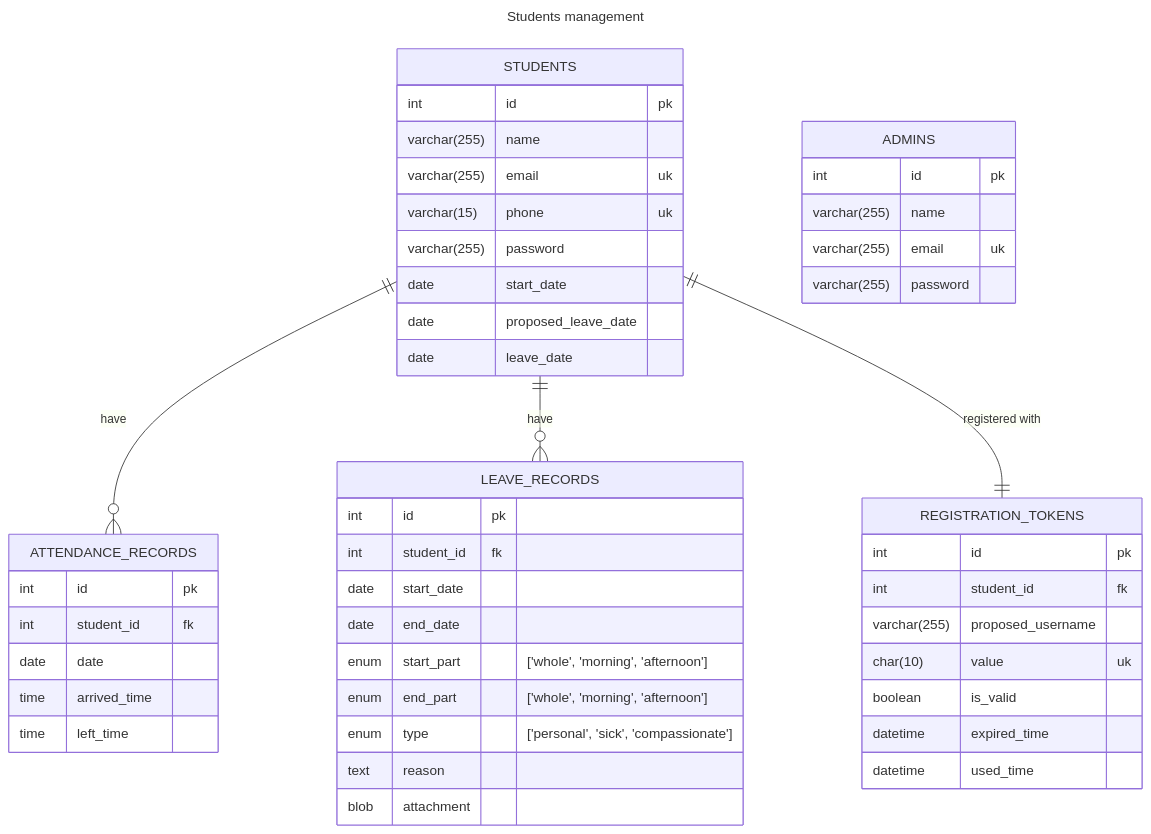
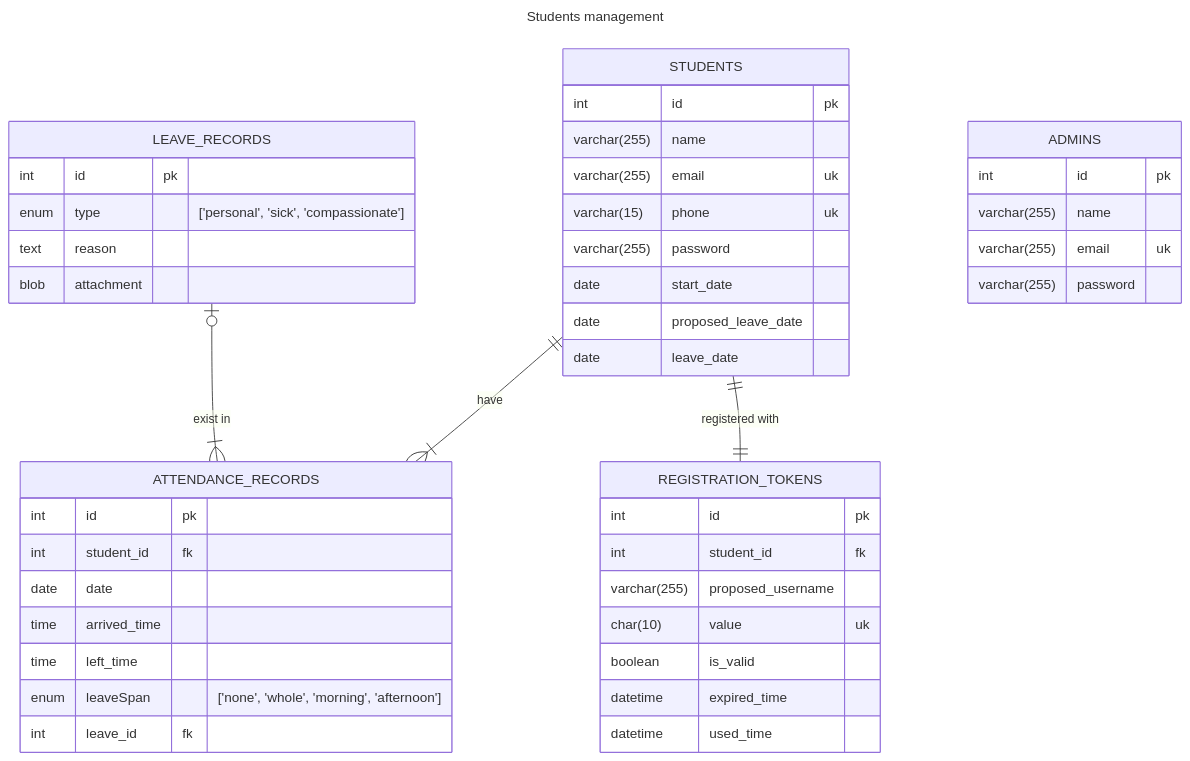
Before and after one commit to devusexu/student_management: the diagram in README.md, drawn with Mermaid. The commit also changed 150 other files, not shown here.

Commit message:
remove node_modules & modify ERD

````diff
--- a/README.md
+++ b/README.md
@@ -10,57 +10,54 @@
 ```mermaid
 ---
 title: Students management
 ---
 erDiagram
-    STUDENTS ||--o{ ATTENDANCE_RECORDS : "have"
-    STUDENTS ||--o{ LEAVE_RECORDS : "have"
+    STUDENTS ||--|{ ATTENDANCE_RECORDS : "have"
+    LEAVE_RECORDS o|--|{ATTENDANCE_RECORDS: "exist in"
     STUDENTS ||--|| REGISTRATION_TOKENS : "registered with"
 
    ADMINS {
     int id pk
     varchar(255) name
     varchar(255) email uk
     varchar(255) password
    }
 
    STUDENTS {
     int id pk
     varchar(255) name
     varchar(255) email uk
     varchar(15) phone uk
     varchar(255) password
-    date start_date  
-    date proposed_leave_date
+    date start_date
+	date proposed_leave_date
     date leave_date
    }
 
   ATTENDANCE_RECORDS {
     int id pk
     int student_id fk
     date date
     time arrived_time
     time left_time
+    enum leaveSpan "['none', 'whole', 'morning', 'afternoon']"
+    int leave_id fk 
   }
 
-  LEAVE_RECORDS {
+    LEAVE_RECORDS {
     int id pk
-    int student_id fk
-    date start_date
-    date end_date
-    enum start_part "['whole', 'morning', 'afternoon']"
-    enum end_part "['whole', 'morning', 'afternoon']"
     enum type "['personal', 'sick', 'compassionate']"
     text reason
     blob attachment
   }
 
   REGISTRATION_TOKENS {
     int id pk
     int student_id fk
     varchar(255) proposed_username
     char(10) value uk
     boolean is_valid
     datetime expired_time
     datetime used_time
   }
 ```
````
